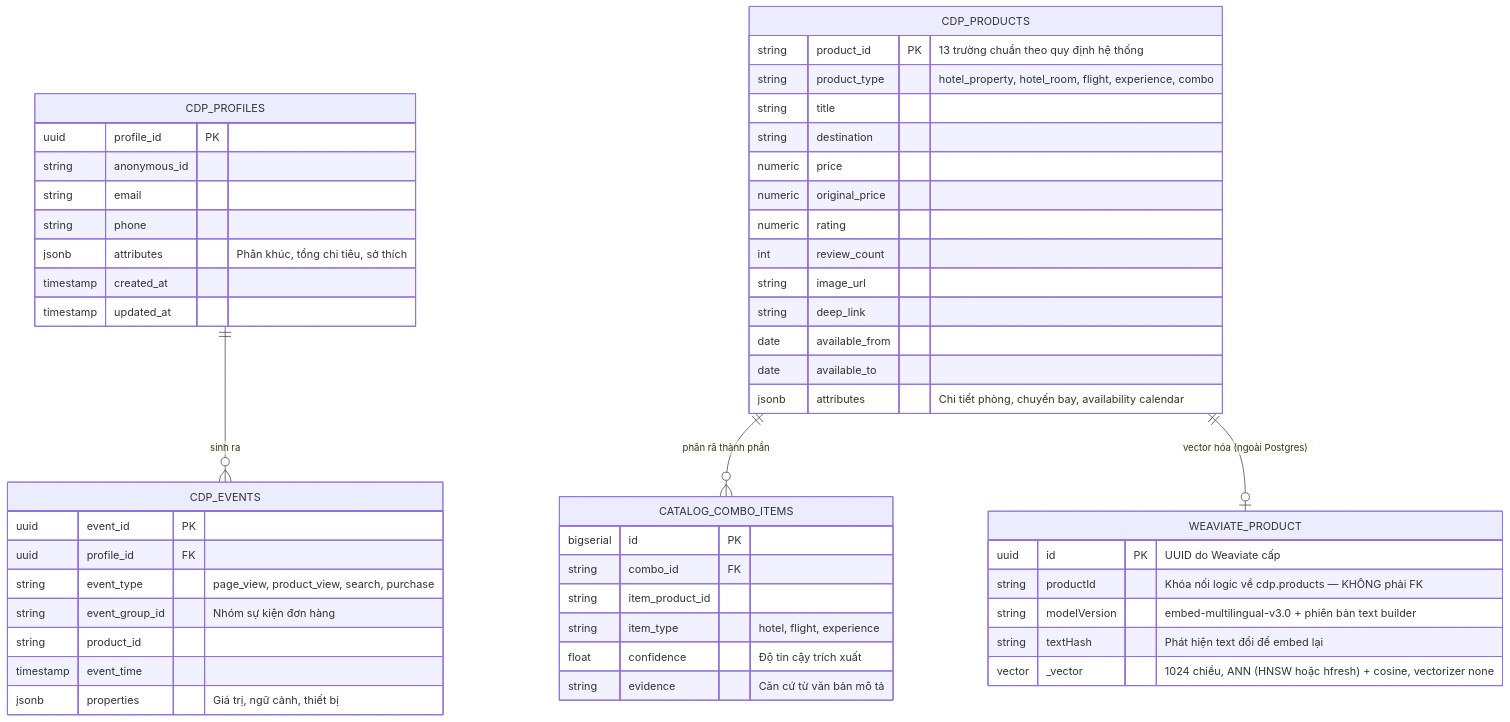
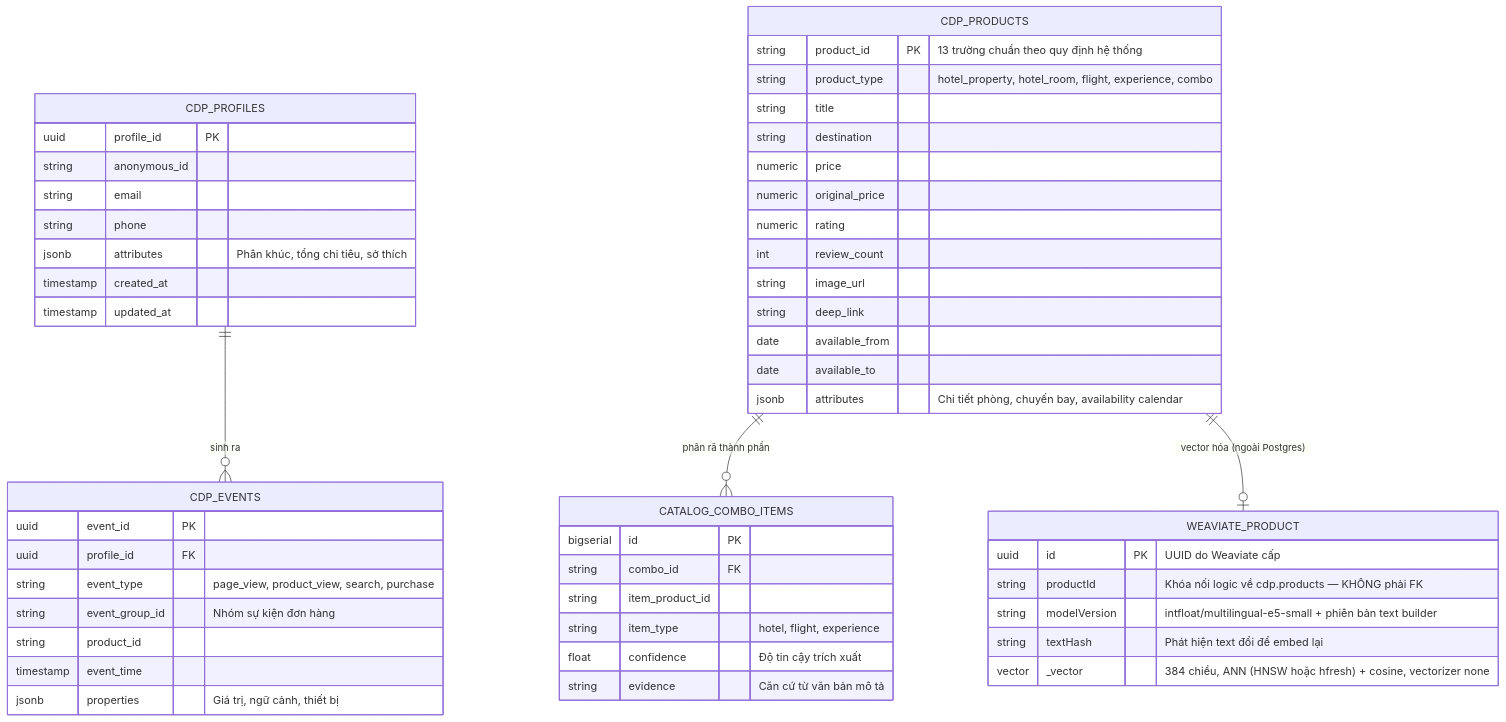
One commit to NguyenNhat4/Travel-Recommend-System changed the first of 2 diagrams in docs/prd/data-model.md. Above: the diagram before and after it, drawn with Mermaid. The commit also changed other lines of this file and 39 other files, not shown here.

````diff
--- a/docs/prd/data-model.md
+++ b/docs/prd/data-model.md
@@ -60,59 +60,59 @@
 ```mermaid
 erDiagram
     CDP_PROFILES ||--o{ CDP_EVENTS : "sinh ra"
     CDP_PRODUCTS ||--o{ CATALOG_COMBO_ITEMS : "phân rã thành phần"
     CDP_PRODUCTS ||--o| WEAVIATE_PRODUCT : "vector hóa (ngoài Postgres)"
 
     CDP_PROFILES {
         uuid profile_id PK
         string anonymous_id
         string email
         string phone
         jsonb attributes "Phân khúc, tổng chi tiêu, sở thích"
         timestamp created_at
         timestamp updated_at
     }
 
     CDP_EVENTS {
         uuid event_id PK
         uuid profile_id FK
         string event_type "page_view, product_view, search, purchase"
         string event_group_id "Nhóm sự kiện đơn hàng"
         string product_id
         timestamp event_time
         jsonb properties "Giá trị, ngữ cảnh, thiết bị"
     }
 
     CDP_PRODUCTS {
         string product_id PK "13 trường chuẩn theo quy định hệ thống"
         string product_type "hotel_property, hotel_room, flight, experience, combo"
         string title
         string destination
         numeric price
         numeric original_price
         numeric rating
         int review_count
         string image_url
         string deep_link
         date available_from
         date available_to
         jsonb attributes "Chi tiết phòng, chuyến bay, availability calendar"
     }
 
     CATALOG_COMBO_ITEMS {
         bigserial id PK
         string combo_id FK
         string item_product_id
         string item_type "hotel, flight, experience"
         float confidence "Độ tin cậy trích xuất"
         string evidence "Căn cứ từ văn bản mô tả"
     }
 
     WEAVIATE_PRODUCT {
         uuid id PK "UUID do Weaviate cấp"
         string productId "Khóa nối logic về cdp.products — KHÔNG phải FK"
-        string modelVersion "embed-multilingual-v3.0 + phiên bản text builder"
+        string modelVersion "intfloat/multilingual-e5-small + phiên bản text builder"
         string textHash "Phát hiện text đổi để embed lại"
-        vector _vector "1024 chiều, ANN (HNSW hoặc hfresh) + cosine, vectorizer none"
+        vector _vector "384 chiều, ANN (HNSW hoặc hfresh) + cosine, vectorizer none"
     }
 ```
````
